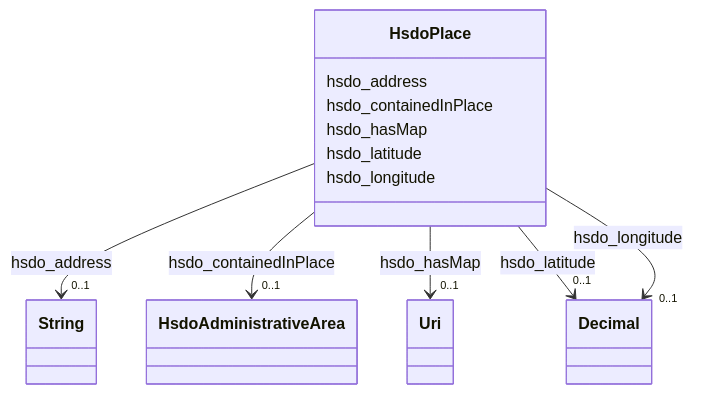
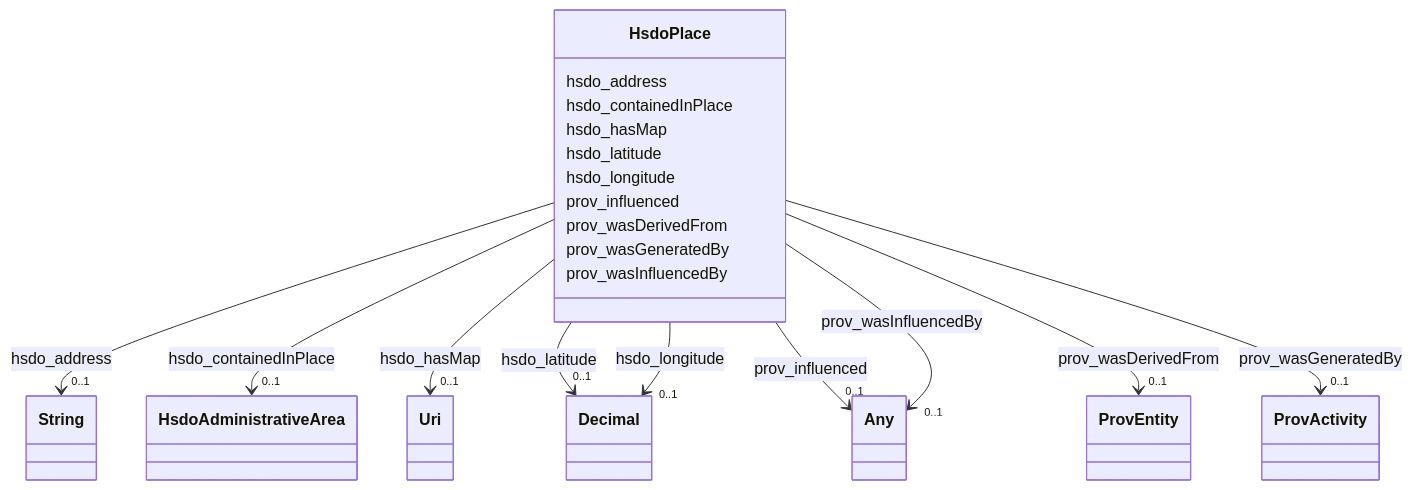
The diagram in dream-kg/classes/HsdoPlace.md (frink-okn/graph-descriptions), drawn with Mermaid before and after one commit. The commit also changed other lines of this file and 47 other files, not shown here.

````diff
--- a/dream-kg/classes/HsdoPlace.md
+++ b/dream-kg/classes/HsdoPlace.md
@@ -65,5 +65,41 @@
     click Decimal href "../Decimal"
 
         
+      HsdoPlace : prov_influenced
+        
+          
+    
+    
+    HsdoPlace --> "0..1" Any : prov_influenced
+    click Any href "../Any"
+
+        
+      HsdoPlace : prov_wasDerivedFrom
+        
+          
+    
+    
+    HsdoPlace --> "0..1" ProvEntity : prov_wasDerivedFrom
+    click ProvEntity href "../ProvEntity"
+
+        
+      HsdoPlace : prov_wasGeneratedBy
+        
+          
+    
+    
+    HsdoPlace --> "0..1" ProvActivity : prov_wasGeneratedBy
+    click ProvActivity href "../ProvActivity"
+
+        
+      HsdoPlace : prov_wasInfluencedBy
+        
+          
+    
+    
+    HsdoPlace --> "0..1" Any : prov_wasInfluencedBy
+    click Any href "../Any"
+
+        
       
 ```
````
